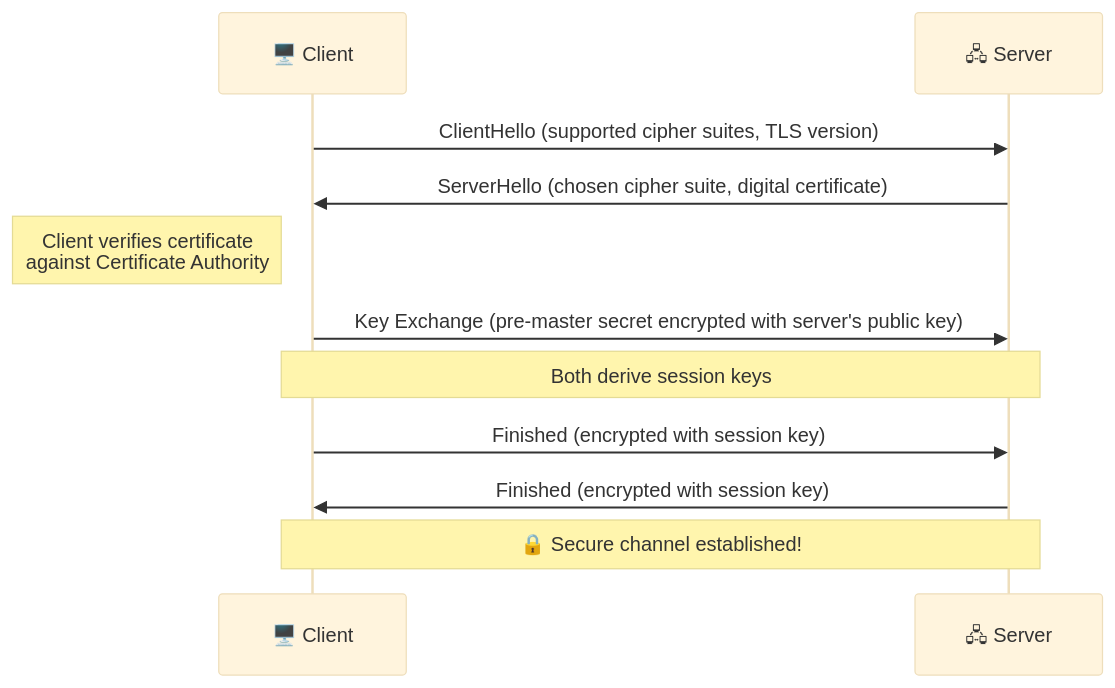
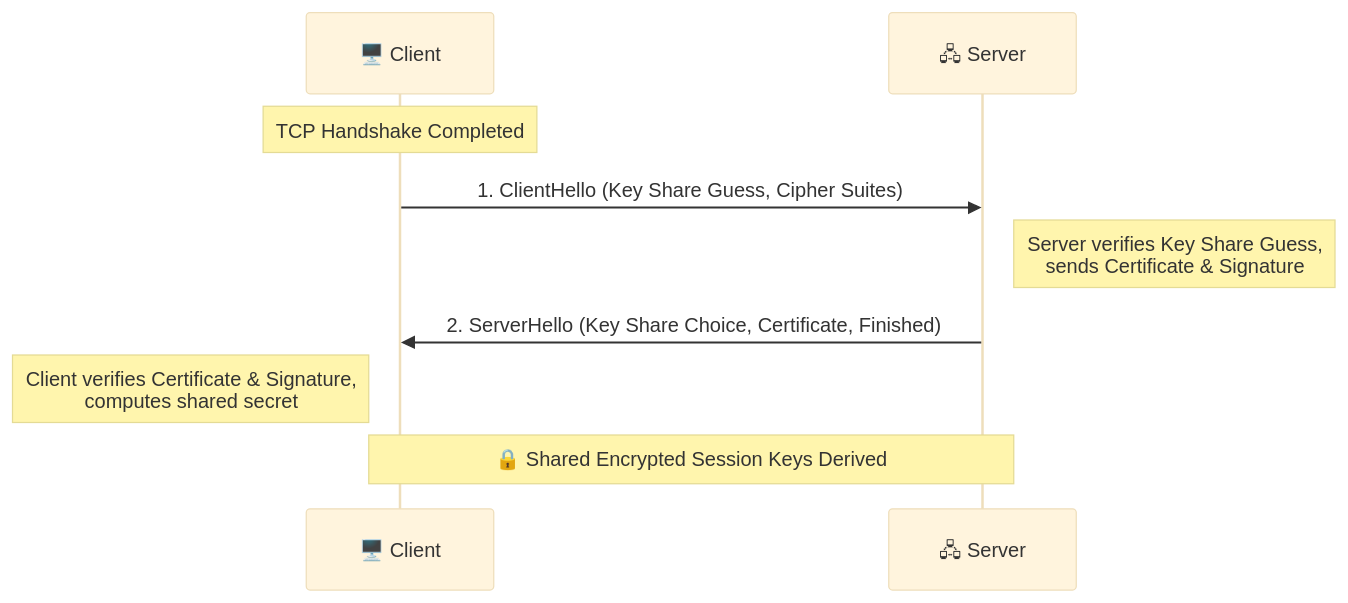
One commit to HarshitN87/Sriniously_backend_notes changed the fourth of 7 diagrams in 01_How_Requests_Travel.md. Above: the diagram before and after it, drawn with Mermaid (base theme). The commit also changed other lines of this file and 26 other files, not shown here.

````diff
--- a/01_How_Requests_Travel.md
+++ b/01_How_Requests_Travel.md
@@ -168,14 +292,12 @@
 ```mermaid
 sequenceDiagram
     participant C as 🖥️ Client
     participant S as 🖧 Server
 
-    C->>S: ClientHello (supported cipher suites, TLS version)
-    S->>C: ServerHello (chosen cipher suite, digital certificate)
-    Note left of C: Client verifies certificate<br/>against Certificate Authority
-    C->>S: Key Exchange (pre-master secret encrypted with server's public key)
-    Note over C,S: Both derive session keys
-    C->>S: Finished (encrypted with session key)
-    S->>C: Finished (encrypted with session key)
-    Note over C,S: 🔒 Secure channel established!
+    Note over C: TCP Handshake Completed
+    C->>S: 1. ClientHello (Key Share Guess, Cipher Suites)
+    Note right of S: Server verifies Key Share Guess,<br/>sends Certificate & Signature
+    S->>C: 2. ServerHello (Key Share Choice, Certificate, Finished)
+    Note left of C: Client verifies Certificate & Signature,<br/>computes shared secret
+    Note over C,S: 🔒 Shared Encrypted Session Keys Derived
 ```
````
